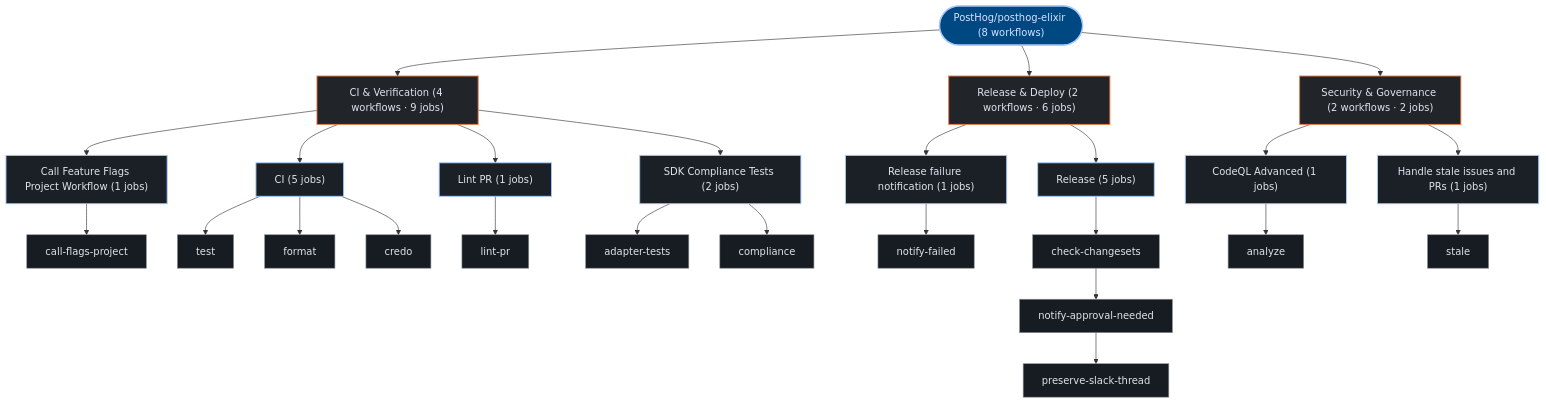
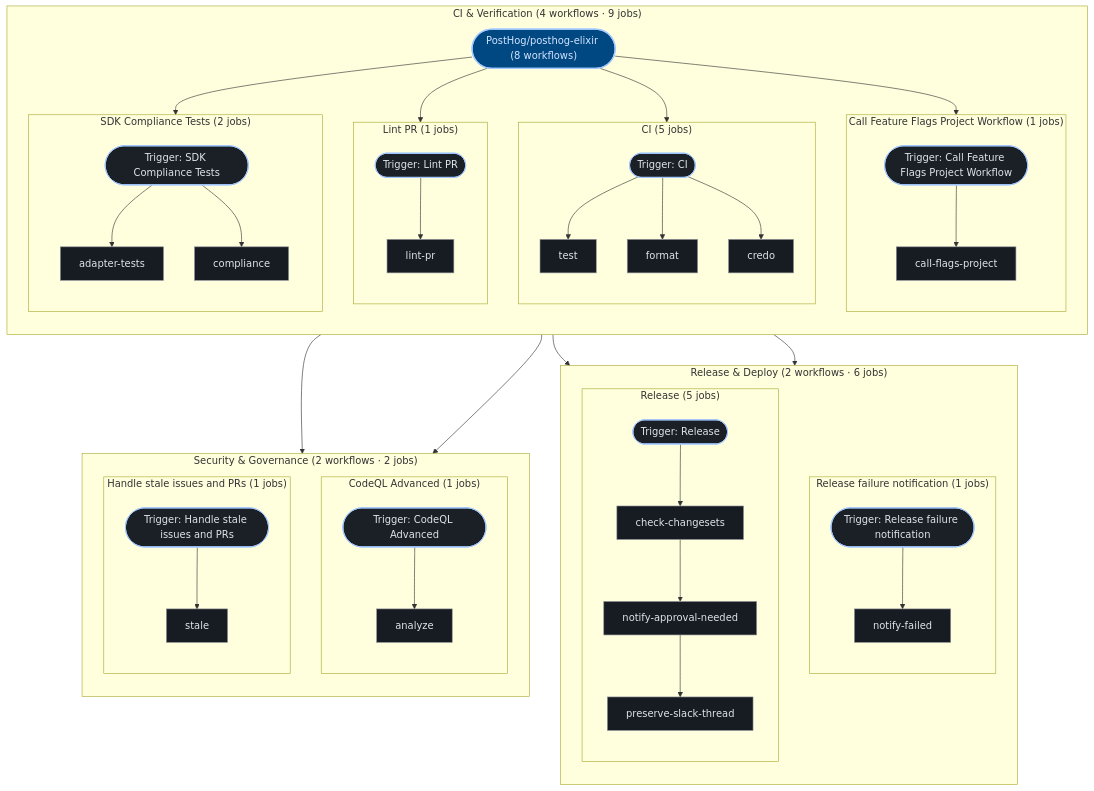
Before and after one commit to kumarshaz/atruss-code-atlas: the third of 3 diagrams in exports/latest/reports/PostHog-posthog-elixir-report.md, drawn with Mermaid. The commit also changed 181 other files, not shown here.

````diff
--- a/exports/latest/reports/PostHog-posthog-elixir-report.md
+++ b/exports/latest/reports/PostHog-posthog-elixir-report.md
@@ -235,52 +235,79 @@
   classDef atlasAlert fill:#93000a,stroke:#ffb4ab,stroke-width:1.5px,color:#ffdad6
   classDef atlasMore fill:#252a31,stroke:#8d9199,stroke-dasharray:4 4,color:#c3c6cf
   pipeline_root(["PostHog/posthog-elixir (8 workflows)"]):::atlasRoot
-  grp_0_CI___Verification["CI & Verification (4 workflows · 9 jobs)"]:::atlasCategory
-  pipeline_root --> grp_0_CI___Verification
-  wf_0_Call_Feature_Flags_Project_Workflow["Call Feature Flags Project Workflow (1 jobs)"]:::atlasWorkflow
-  grp_0_CI___Verification --> wf_0_Call_Feature_Flags_Project_Workflow
-  job_0_call_flags_project["call-flags-project"]:::atlasJob
-  wf_0_Call_Feature_Flags_Project_Workflow --> job_0_call_flags_project
-  wf_1_CI["CI (5 jobs)"]:::atlasWorkflow
-  grp_0_CI___Verification --> wf_1_CI
-  job_1_test["test"]:::atlasJob
-  job_1_format["format"]:::atlasJob
-  job_1_credo["credo"]:::atlasJob
-  wf_1_CI --> job_1_test
-  wf_1_CI --> job_1_format
-  wf_1_CI --> job_1_credo
-  wf_3_Lint_PR["Lint PR (1 jobs)"]:::atlasWorkflow
-  grp_0_CI___Verification --> wf_3_Lint_PR
-  job_3_lint_pr["lint-pr"]:::atlasJob
-  wf_3_Lint_PR --> job_3_lint_pr
-  wf_6_SDK_Compliance_Tests["SDK Compliance Tests (2 jobs)"]:::atlasWorkflow
-  grp_0_CI___Verification --> wf_6_SDK_Compliance_Tests
-  job_6_adapter_tests["adapter-tests"]:::atlasJob
-  job_6_compliance["compliance"]:::atlasJob
-  wf_6_SDK_Compliance_Tests --> job_6_adapter_tests
-  wf_6_SDK_Compliance_Tests --> job_6_compliance
-  grp_1_Release___Deploy["Release & Deploy (2 workflows · 6 jobs)"]:::atlasCategory
-  pipeline_root --> grp_1_Release___Deploy
-  wf_4_Release_failure_notification["Release failure notification (1 jobs)"]:::atlasWorkflow
-  grp_1_Release___Deploy --> wf_4_Release_failure_notification
-  job_4_notify_failed["notify-failed"]:::atlasJob
-  wf_4_Release_failure_notification --> job_4_notify_failed
-  wf_5_Release["Release (5 jobs)"]:::atlasWorkflow
-  grp_1_Release___Deploy --> wf_5_Release
-  job_5_check_changesets["check-changesets"]:::atlasJob
-  job_5_notify_approval_needed["notify-approval-needed"]:::atlasJob
-  job_5_preserve_slack_thread["preserve-slack-thread"]:::atlasJob
-  wf_5_Release --> job_5_check_changesets
-  job_5_check_changesets --> job_5_notify_approval_needed
-  job_5_notify_approval_needed --> job_5_preserve_slack_thread
-  grp_2_Security___Governance["Security & Governance (2 workflows · 2 jobs)"]:::atlasCategory
-  pipeline_root --> grp_2_Security___Governance
-  wf_2_CodeQL_Advanced["CodeQL Advanced (1 jobs)"]:::atlasWorkflow
-  grp_2_Security___Governance --> wf_2_CodeQL_Advanced
-  job_2_analyze["analyze"]:::atlasJob
-  wf_2_CodeQL_Advanced --> job_2_analyze
-  wf_7_Handle_stale_issues_and_PRs["Handle stale issues and PRs (1 jobs)"]:::atlasWorkflow
-  grp_2_Security___Governance --> wf_7_Handle_stale_issues_and_PRs
-  job_7_stale["stale"]:::atlasJob
-  wf_7_Handle_stale_issues_and_PRs --> job_7_stale
+  subgraph sg_grp_0_CI___Verification["CI & Verification (4 workflows · 9 jobs)"]
+    direction TB
+    subgraph sg_wf_0_Call_Feature_Flags_Project_Workflow["Call Feature Flags Project Workflow (1 jobs)"]
+      direction TB
+      wf_0_Call_Feature_Flags_Project_Workflow(["Trigger: Call Feature Flags Project Workflow"]):::atlasWorkflow
+      job_0_call_flags_project["call-flags-project"]:::atlasJob
+      wf_0_Call_Feature_Flags_Project_Workflow --> job_0_call_flags_project
+    end
+    pipeline_root --> wf_0_Call_Feature_Flags_Project_Workflow
+    subgraph sg_wf_1_CI["CI (5 jobs)"]
+      direction TB
+      wf_1_CI(["Trigger: CI"]):::atlasWorkflow
+      job_1_test["test"]:::atlasJob
+      job_1_format["format"]:::atlasJob
+      job_1_credo["credo"]:::atlasJob
+      wf_1_CI --> job_1_test
+      wf_1_CI --> job_1_format
+      wf_1_CI --> job_1_credo
+    end
+    pipeline_root --> wf_1_CI
+    subgraph sg_wf_3_Lint_PR["Lint PR (1 jobs)"]
+      direction TB
+      wf_3_Lint_PR(["Trigger: Lint PR"]):::atlasWorkflow
+      job_3_lint_pr["lint-pr"]:::atlasJob
+      wf_3_Lint_PR --> job_3_lint_pr
+    end
+    pipeline_root --> wf_3_Lint_PR
+    subgraph sg_wf_6_SDK_Compliance_Tests["SDK Compliance Tests (2 jobs)"]
+      direction TB
+      wf_6_SDK_Compliance_Tests(["Trigger: SDK Compliance Tests"]):::atlasWorkflow
+      job_6_adapter_tests["adapter-tests"]:::atlasJob
+      job_6_compliance["compliance"]:::atlasJob
+      wf_6_SDK_Compliance_Tests --> job_6_adapter_tests
+      wf_6_SDK_Compliance_Tests --> job_6_compliance
+    end
+    pipeline_root --> wf_6_SDK_Compliance_Tests
+  end
+  subgraph sg_grp_1_Release___Deploy["Release & Deploy (2 workflows · 6 jobs)"]
+    direction TB
+    subgraph sg_wf_4_Release_failure_notification["Release failure notification (1 jobs)"]
+      direction TB
+      wf_4_Release_failure_notification(["Trigger: Release failure notification"]):::atlasWorkflow
+      job_4_notify_failed["notify-failed"]:::atlasJob
+      wf_4_Release_failure_notification --> job_4_notify_failed
+    end
+    pipeline_root --> wf_4_Release_failure_notification
+    subgraph sg_wf_5_Release["Release (5 jobs)"]
+      direction TB
+      wf_5_Release(["Trigger: Release"]):::atlasWorkflow
+      job_5_check_changesets["check-changesets"]:::atlasJob
+      job_5_notify_approval_needed["notify-approval-needed"]:::atlasJob
+      job_5_preserve_slack_thread["preserve-slack-thread"]:::atlasJob
+      wf_5_Release --> job_5_check_changesets
+      job_5_check_changesets --> job_5_notify_approval_needed
+      job_5_notify_approval_needed --> job_5_preserve_slack_thread
+    end
+    pipeline_root --> wf_5_Release
+  end
+  subgraph sg_grp_2_Security___Governance["Security & Governance (2 workflows · 2 jobs)"]
+    direction TB
+    subgraph sg_wf_2_CodeQL_Advanced["CodeQL Advanced (1 jobs)"]
+      direction TB
+      wf_2_CodeQL_Advanced(["Trigger: CodeQL Advanced"]):::atlasWorkflow
+      job_2_analyze["analyze"]:::atlasJob
+      wf_2_CodeQL_Advanced --> job_2_analyze
+    end
+    pipeline_root --> wf_2_CodeQL_Advanced
+    subgraph sg_wf_7_Handle_stale_issues_and_PRs["Handle stale issues and PRs (1 jobs)"]
+      direction TB
+      wf_7_Handle_stale_issues_and_PRs(["Trigger: Handle stale issues and PRs"]):::atlasWorkflow
+      job_7_stale["stale"]:::atlasJob
+      wf_7_Handle_stale_issues_and_PRs --> job_7_stale
+    end
+    pipeline_root --> wf_7_Handle_stale_issues_and_PRs
+  end
 ```
````
